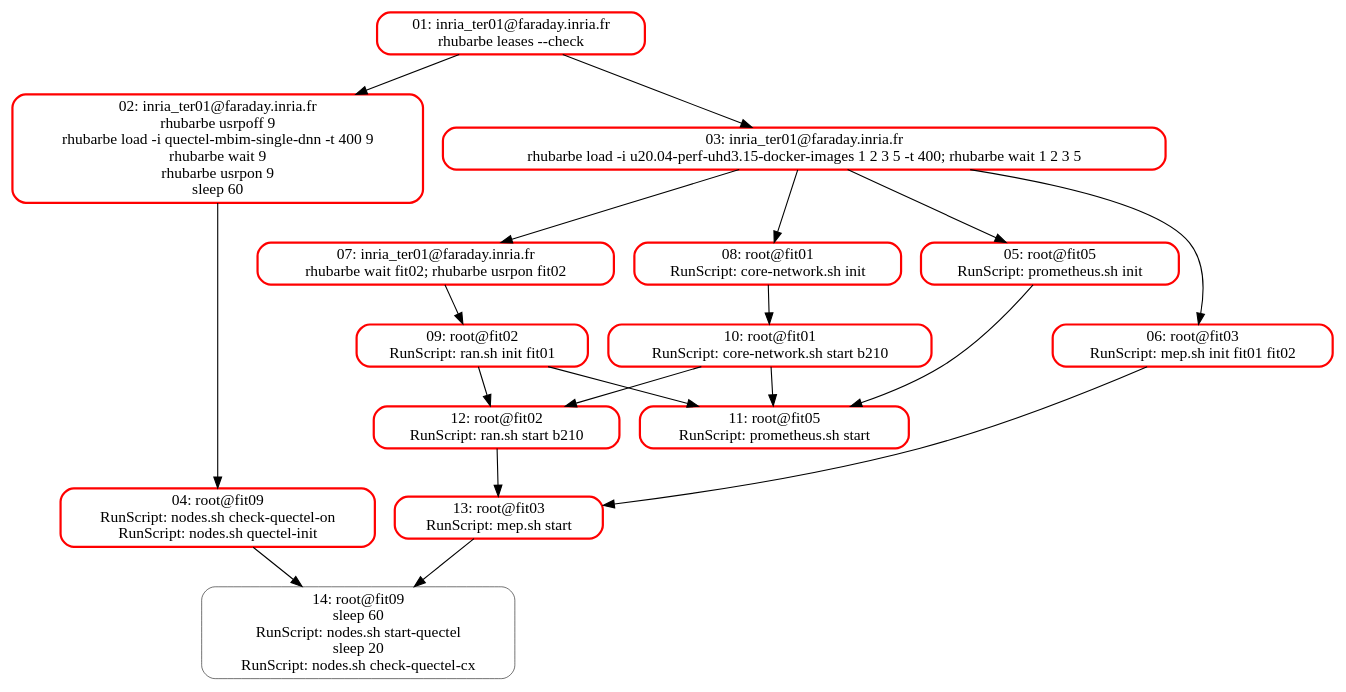
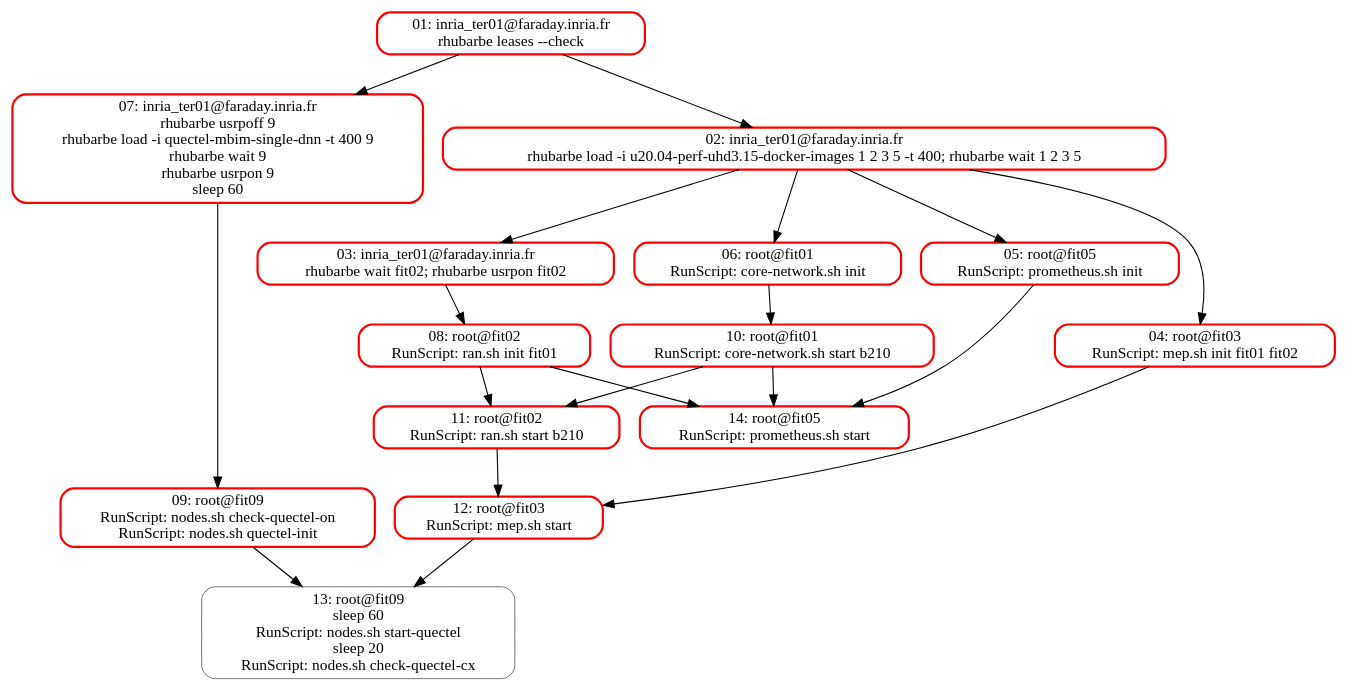
The diagram in demo-mep-graph.dot (yassir63/oai5g-mep), drawn with Graphviz before and after one commit. The commit also changed 7 other files, not shown here.

```diff
--- a/demo-mep-graph.dot
+++ b/demo-mep-graph.dot
@@ -1,58 +1,58 @@
 digraph asynciojobs{
 compound=true;
 graph [];
 01 [style="rounded",label="01: inria_ter01@faraday.inria.fr
 rhubarbe leases --check",shape="box",color="red",penwidth="2"]
 02 [style="rounded",label="02: inria_ter01@faraday.inria.fr
+rhubarbe load -i u20.04-perf-uhd3.15-docker-images 1 2 3 5 -t 400; rhubarbe wait 1 2 3 5",shape="box",color="red",penwidth="2"]
+01 -> 02;
+03 [style="rounded",label="03: inria_ter01@faraday.inria.fr
+rhubarbe wait fit02; rhubarbe usrpon fit02",shape="box",color="red",penwidth="2"]
+02 -> 03;
+04 [style="rounded",label="04: root@fit03
+RunScript: mep.sh init fit01 fit02",shape="box",color="red",penwidth="2"]
+02 -> 04;
+05 [style="rounded",label="05: root@fit05
+RunScript: prometheus.sh init",shape="box",color="red",penwidth="2"]
+02 -> 05;
+06 [style="rounded",label="06: root@fit01
+RunScript: core-network.sh init",shape="box",color="red",penwidth="2"]
+02 -> 06;
+07 [style="rounded",label="07: inria_ter01@faraday.inria.fr
 rhubarbe usrpoff 9
 rhubarbe load -i quectel-mbim-single-dnn -t 400 9
 rhubarbe wait 9
 rhubarbe usrpon 9
 sleep 60",shape="box",color="red",penwidth="2"]
-01 -> 02;
-03 [style="rounded",label="03: inria_ter01@faraday.inria.fr
-rhubarbe load -i u20.04-perf-uhd3.15-docker-images 1 2 3 5 -t 400; rhubarbe wait 1 2 3 5",shape="box",color="red",penwidth="2"]
-01 -> 03;
-04 [style="rounded",label="04: root@fit09
+01 -> 07;
+08 [style="rounded",label="08: root@fit02
+RunScript: ran.sh init fit01",shape="box",color="red",penwidth="2"]
+03 -> 08;
+09 [style="rounded",label="09: root@fit09
 RunScript: nodes.sh check-quectel-on
 RunScript: nodes.sh quectel-init",shape="box",color="red",penwidth="2"]
-02 -> 04;
-05 [style="rounded",label="05: root@fit05
-RunScript: prometheus.sh init",shape="box",color="red",penwidth="2"]
-03 -> 05;
-06 [style="rounded",label="06: root@fit03
-RunScript: mep.sh init fit01 fit02",shape="box",color="red",penwidth="2"]
-03 -> 06;
-07 [style="rounded",label="07: inria_ter01@faraday.inria.fr
-rhubarbe wait fit02; rhubarbe usrpon fit02",shape="box",color="red",penwidth="2"]
-03 -> 07;
-08 [style="rounded",label="08: root@fit01
-RunScript: core-network.sh init",shape="box",color="red",penwidth="2"]
-03 -> 08;
-09 [style="rounded",label="09: root@fit02
-RunScript: ran.sh init fit01",shape="box",color="red",penwidth="2"]
 07 -> 09;
 10 [style="rounded",label="10: root@fit01
 RunScript: core-network.sh start b210",shape="box",color="red",penwidth="2"]
-08 -> 10;
-11 [style="rounded",label="11: root@fit05
-RunScript: prometheus.sh start",shape="box",color="red",penwidth="2"]
+06 -> 10;
+11 [style="rounded",label="11: root@fit02
+RunScript: ran.sh start b210",shape="box",color="red",penwidth="2"]
+08 -> 11;
 10 -> 11;
-09 -> 11;
-05 -> 11;
-12 [style="rounded",label="12: root@fit02
-RunScript: ran.sh start b210",shape="box",color="red",penwidth="2"]
-10 -> 12;
-09 -> 12;
-13 [style="rounded",label="13: root@fit03
+12 [style="rounded",label="12: root@fit03
 RunScript: mep.sh start",shape="box",color="red",penwidth="2"]
-06 -> 13;
-12 -> 13;
-14 [style="rounded",label="14: root@fit09
+11 -> 12;
+04 -> 12;
+13 [style="rounded",label="13: root@fit09
 sleep 60
 RunScript: nodes.sh start-quectel
 sleep 20
 RunScript: nodes.sh check-quectel-cx",shape="box",penwidth="0.5"]
-04 -> 14;
-13 -> 14;
+09 -> 13;
+12 -> 13;
+14 [style="rounded",label="14: root@fit05
+RunScript: prometheus.sh start",shape="box",color="red",penwidth="2"]
+08 -> 14;
+10 -> 14;
+05 -> 14;
 }
```
